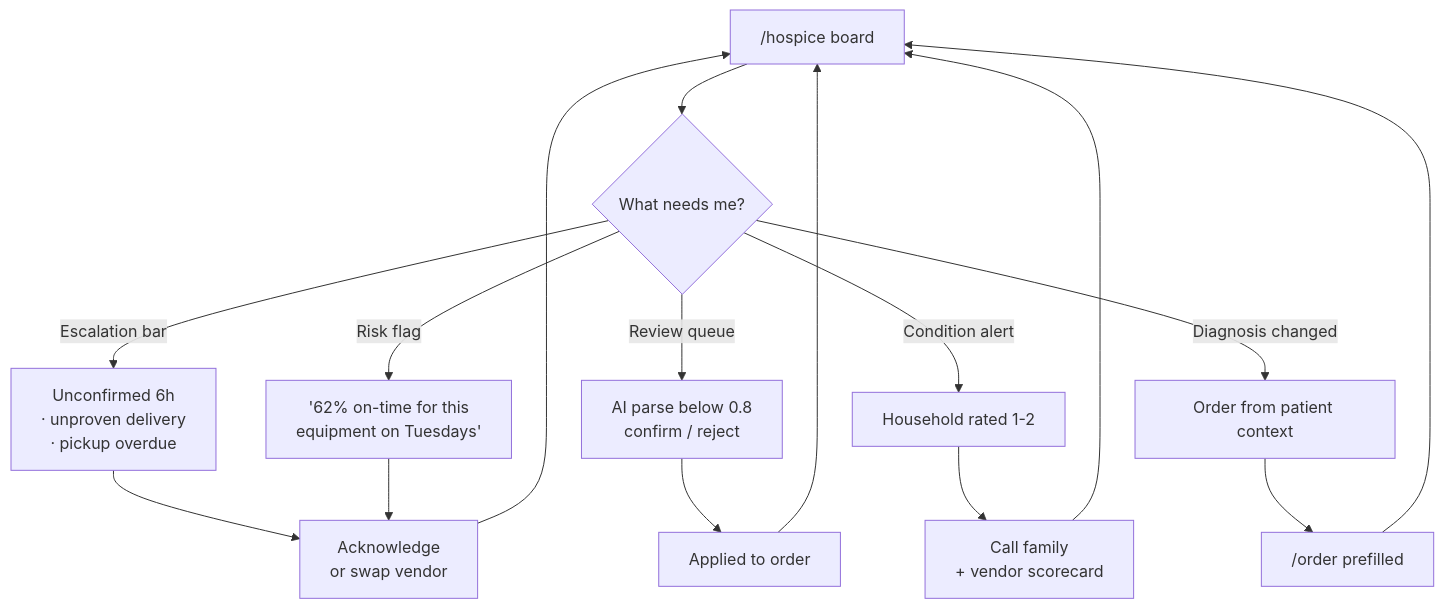
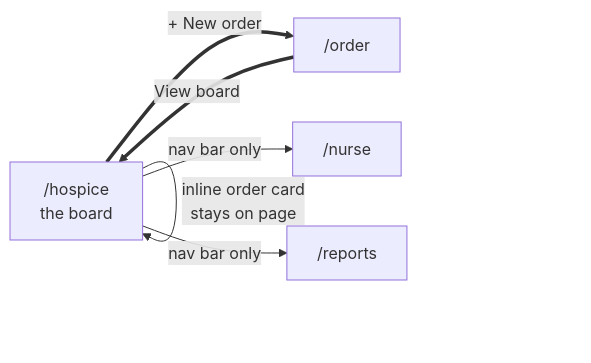
Before and after one commit to kr3wangel/betterrx-hackathon-2026: the third of 6 diagrams in docs/UX-FLOWS.md, drawn with Mermaid. The commit also changed other lines of this file, not shown here.

````diff
--- a/docs/UX-FLOWS.md
+++ b/docs/UX-FLOWS.md
@@ -234,18 +148,12 @@
 ```mermaid
-flowchart TB
-  A["/hospice board"] --> B{"What needs me?"}
-  B -->|"Escalation bar"| C["Unconfirmed 6h<br/>· unproven delivery<br/>· pickup overdue"]
-  B -->|"Risk flag"| D["'62% on-time for this<br/>equipment on Tuesdays'"]
-  B -->|"Review queue"| E["AI parse below 0.8<br/>confirm / reject"]
-  B -->|"Condition alert"| F["Household rated 1-2"]
-  B -->|"Diagnosis changed"| G["Order from patient context"]
-  C --> H["Acknowledge<br/>or swap vendor"]
-  D --> H
-  E --> I["Applied to order"]
-  F --> J["Call family<br/>+ vendor scorecard"]
-  G --> K["/order prefilled"]
-  H --> A
-  I --> A
-  J --> A
-  K --> A
+graph LR
+  A["/hospice<br/>the board"]
+  B["/order"]
+  C["/nurse"]
+  D["/reports"]
+  A ==>|"+ New order"| B
+  B ==>|"View board"| A
+  A -->|"inline order card<br/>stays on page"| A
+  A -->|"nav bar only"| C
+  A -->|"nav bar only"| D
 ```
````
